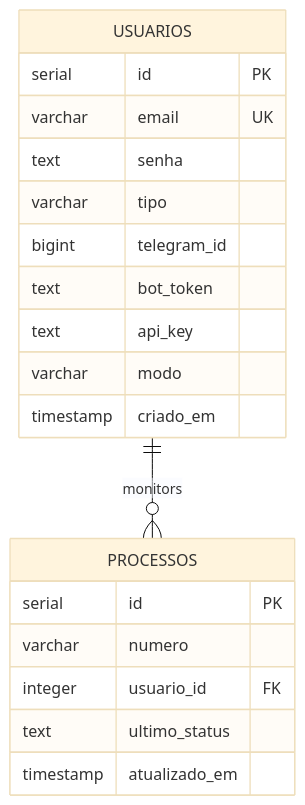
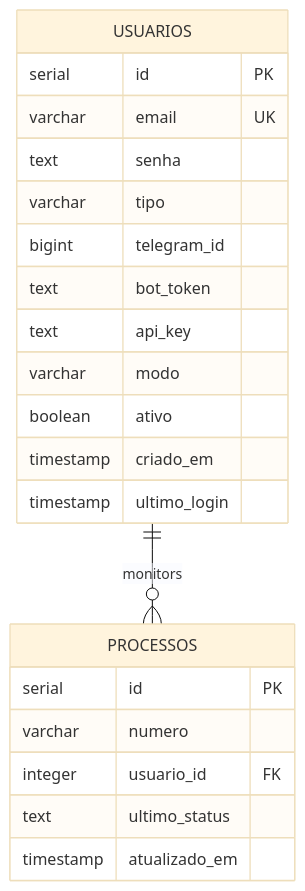
One commit to Alexandrexicara/bot-processos changed the third of 5 diagrams in .qoder/repowiki/en/content/Deployment Guide.md. Above: the diagram before and after it, drawn with Mermaid (base theme). The commit also changed other lines of this file and 10 other files, not shown here.

````diff
--- a/.qoder/repowiki/en/content/Deployment Guide.md
+++ b/.qoder/repowiki/en/content/Deployment Guide.md
@@ -156,22 +168,24 @@
 ```mermaid
 erDiagram
 USUARIOS {
 serial id PK
 varchar email UK
 text senha
 varchar tipo
 bigint telegram_id
 text bot_token
 text api_key
 varchar modo
+boolean ativo
 timestamp criado_em
+timestamp ultimo_login
 }
 PROCESSOS {
 serial id PK
 varchar numero
 integer usuario_id FK
 text ultimo_status
 timestamp atualizado_em
 }
 USUARIOS ||--o{ PROCESSOS : "monitors"
 ```
````
